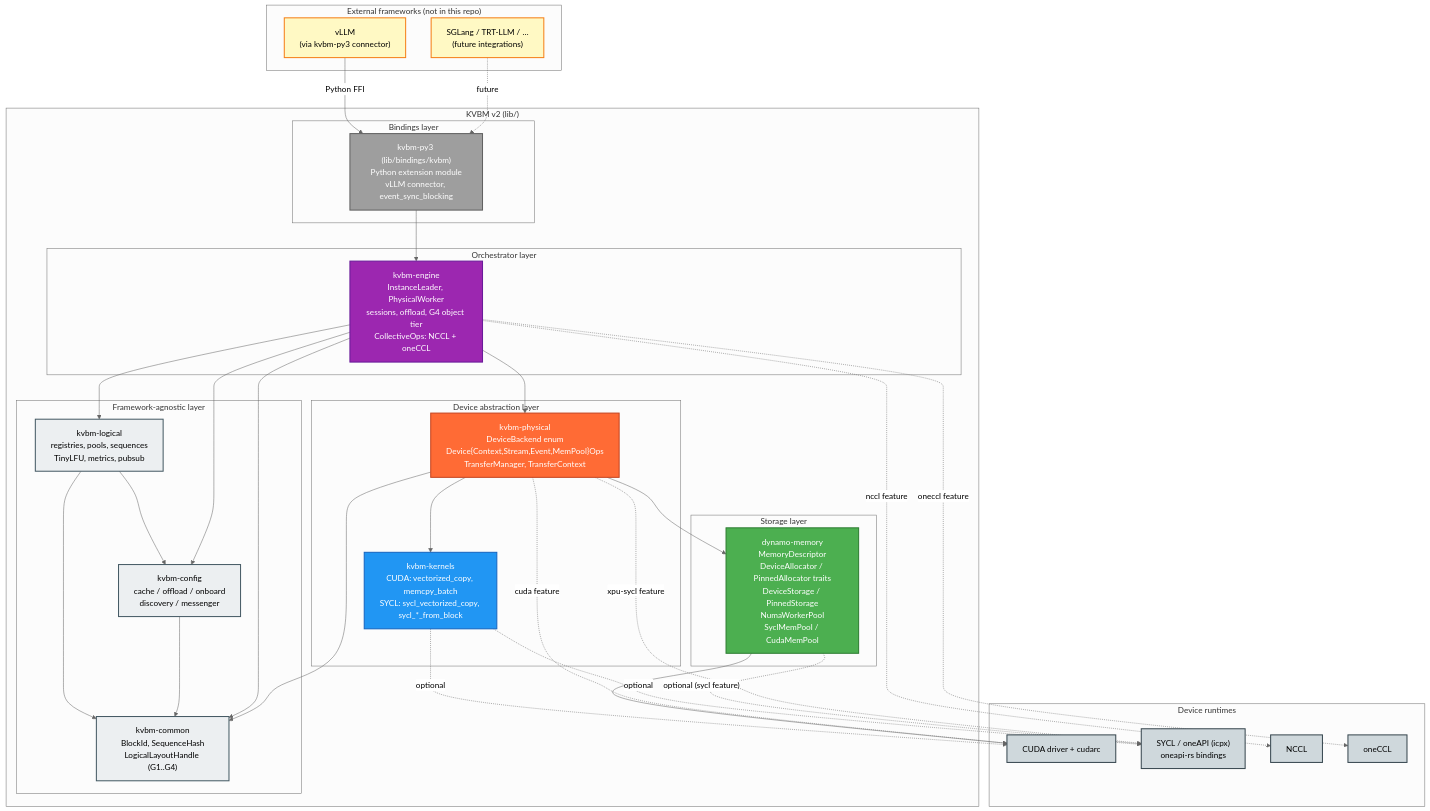
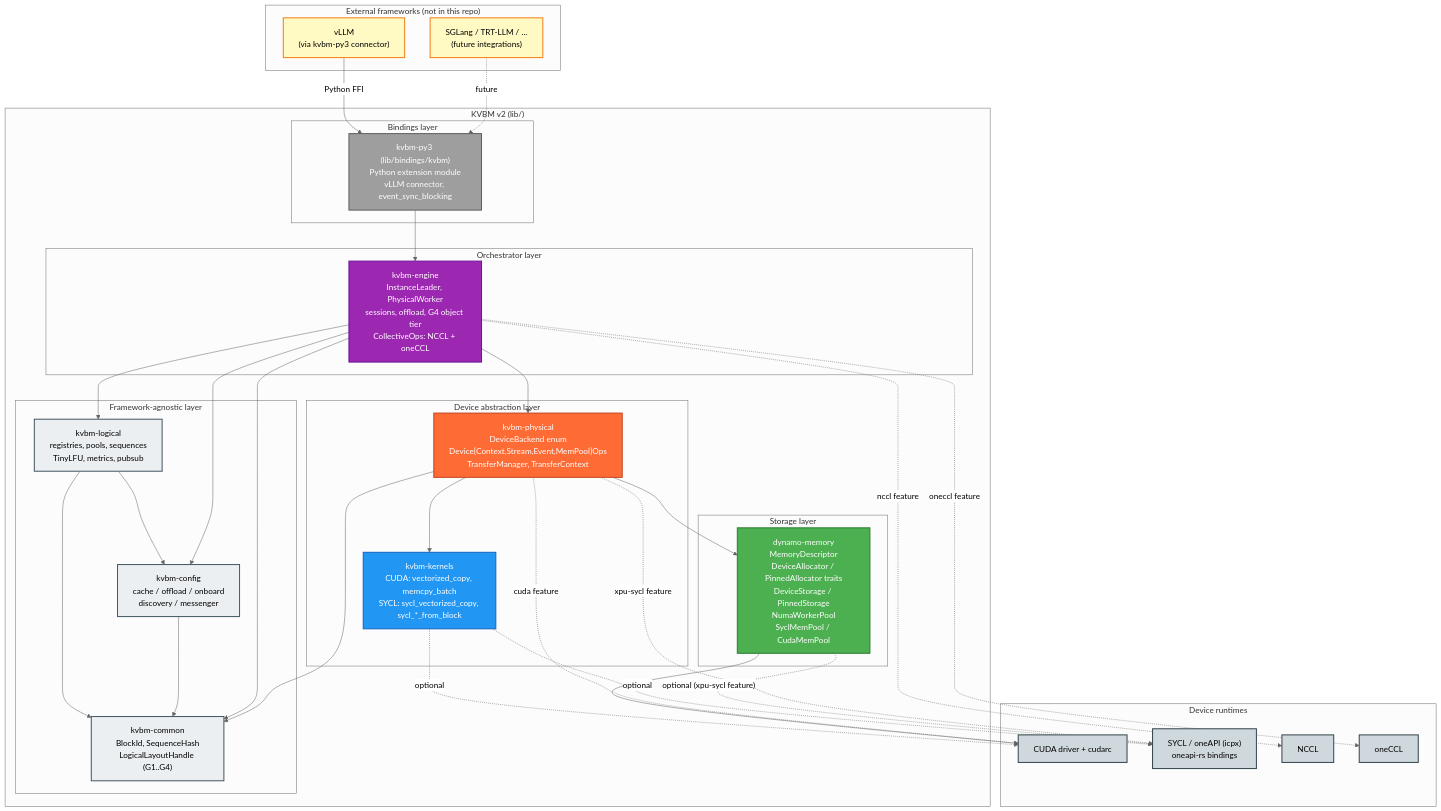
One commit to ai-dynamo/dynamo changed the first of 4 diagrams in lib/kvbm-physical/docs/kvbm_v2_xpu_sycl_enablement.md. Above: the diagram before and after it, drawn with Mermaid (neutral theme). The commit also changed other lines of this file and 49 other files, not shown here.

```diff
--- a/lib/kvbm-physical/docs/kvbm_v2_xpu_sycl_enablement.md
+++ b/lib/kvbm-physical/docs/kvbm_v2_xpu_sycl_enablement.md
@@ -107,8 +117,9 @@
     Kernels -. optional .-> CUDA
     Kernels -. optional .-> SYCL
 
-    %% Memory layer
-    Memory -. optional (sycl feature) .-> SYCL
+    %% Memory layer — cudarc is unconditional (CudaMemPool + NUMA helpers),
+    %% oneapi-rs is optional behind the xpu-sycl feature (SyclMemPool).
+    Memory -. optional (xpu-sycl feature) .-> SYCL
     Memory --> CUDA
 
     %% Device backends
```
